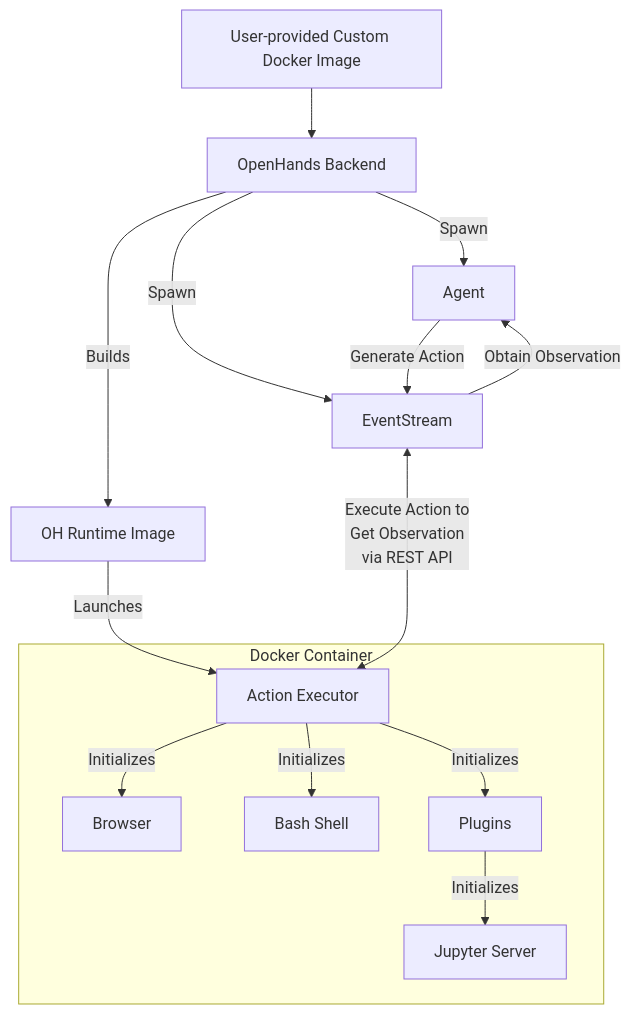
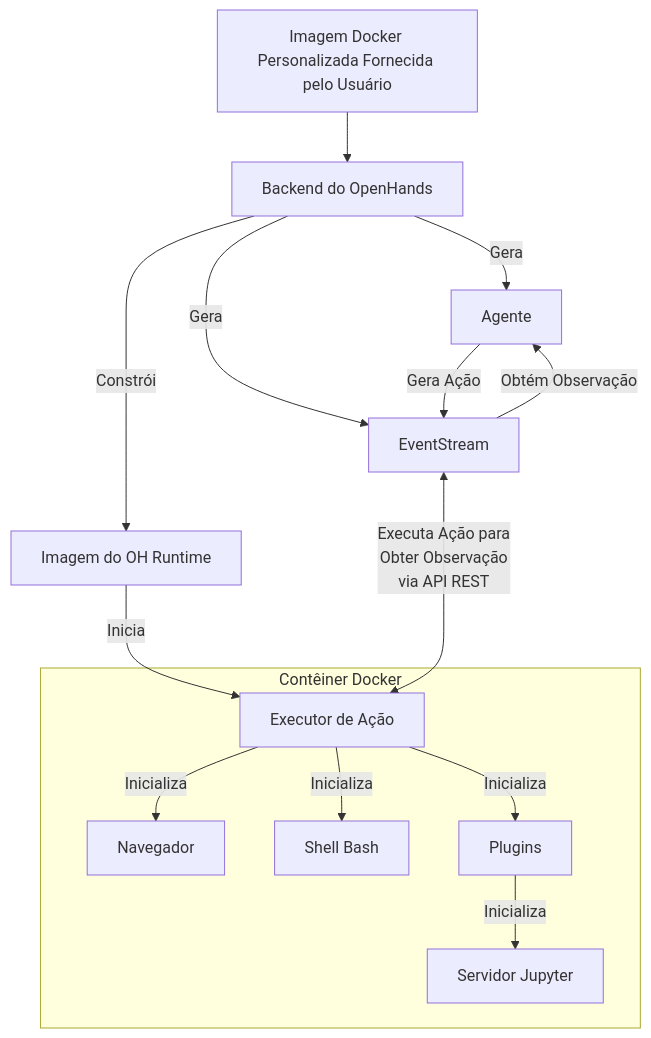
Before and after one commit to All-Hands-AI/OpenHands: the diagram in docs/i18n/pt-BR/docusaurus-plugin-content-docs/current/usage/architecture/runtime.md, drawn with Mermaid. The commit also changed other lines of this file and 33 other files, not shown here.

````diff
--- a/docs/i18n/pt-BR/docusaurus-plugin-content-docs/current/usage/architecture/runtime.md
+++ b/docs/i18n/pt-BR/docusaurus-plugin-content-docs/current/usage/architecture/runtime.md
@@ -20,28 +20,28 @@
 ```mermaid
 graph TD
-    A[User-provided Custom Docker Image] --> B[OpenHands Backend]
-    B -->|Builds| C[OH Runtime Image]
-    C -->|Launches| D[Action Executor]
-    D -->|Initializes| E[Browser]
-    D -->|Initializes| F[Bash Shell]
-    D -->|Initializes| G[Plugins]
-    G -->|Initializes| L[Jupyter Server]
+    A[Imagem Docker Personalizada Fornecida pelo Usuário] --> B[Backend do OpenHands]
+    B -->|Constrói| C[Imagem do OH Runtime]
+    C -->|Inicia| D[Executor de Ação]
+    D -->|Inicializa| E[Navegador]
+    D -->|Inicializa| F[Shell Bash]
+    D -->|Inicializa| G[Plugins]
+    G -->|Inicializa| L[Servidor Jupyter]
 
-    B -->|Spawn| H[Agent]
-    B -->|Spawn| I[EventStream]
-    I <--->|Execute Action to
-    Get Observation
-    via REST API
+    B -->|Gera| H[Agente]
+    B -->|Gera| I[EventStream]
+    I <--->|Executa Ação para
+    Obter Observação
+    via API REST
     | D
 
-    H -->|Generate Action| I
-    I -->|Obtain Observation| H
+    H -->|Gera Ação| I
+    I -->|Obtém Observação| H
 
-    subgraph "Docker Container"
+    subgraph "Contêiner Docker"
     D
     E
     F
     G
     L
     end
 ```
````
